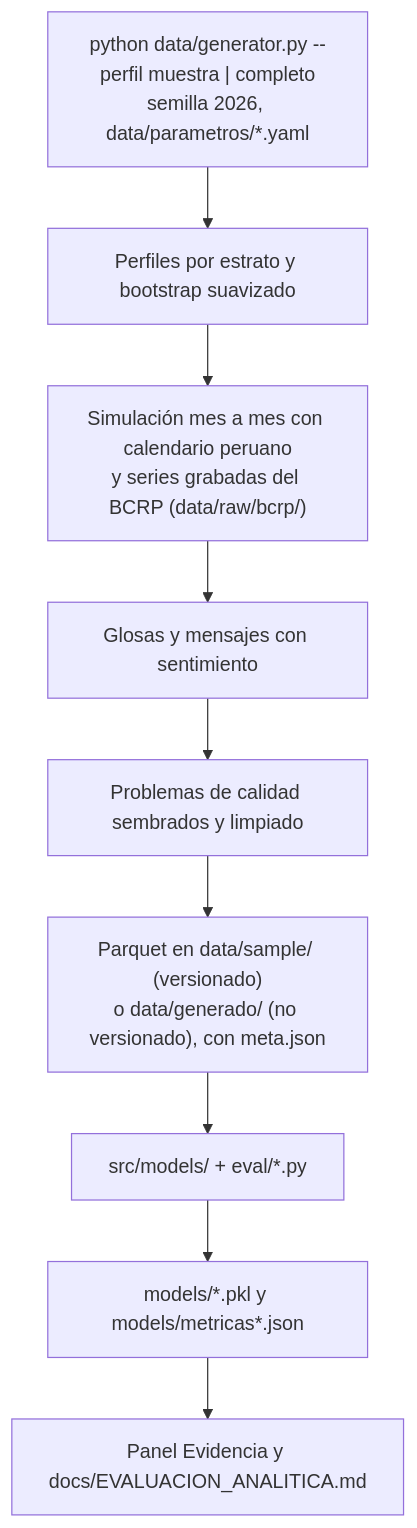
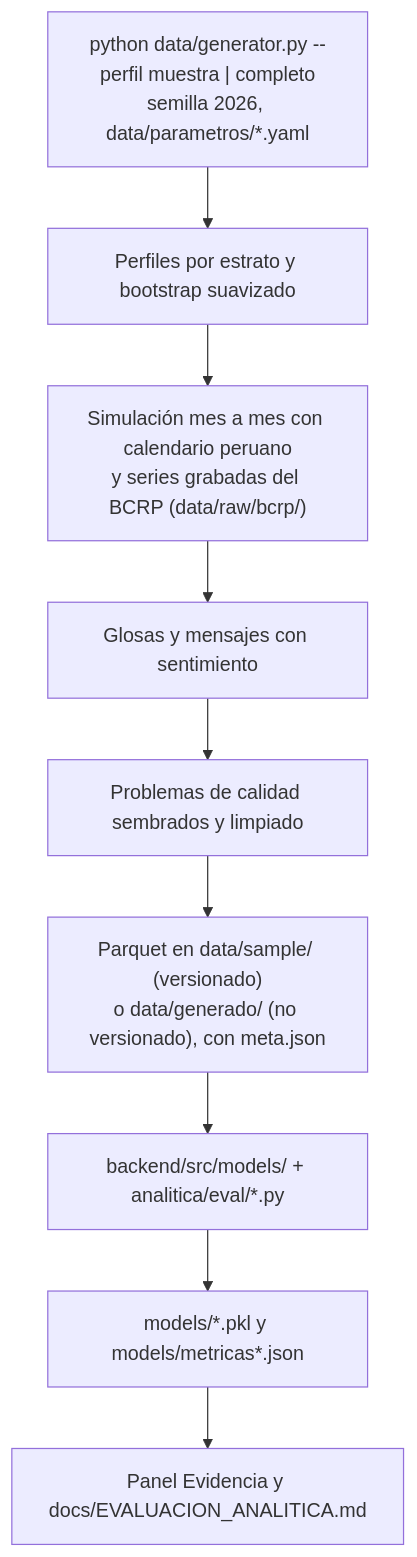
One commit to Nakusuo/Hackathon-BBVA-2026 changed the second of 2 diagrams in docs/arquitectura-datos.md. Above: the diagram before and after it, drawn with Mermaid. The commit also changed other lines of this file and 393 other files, not shown here.

First line of the commit message:
refactor(arq): ordena el repo en frontend, backend y analitica

````diff
--- a/docs/arquitectura-datos.md
+++ b/docs/arquitectura-datos.md
@@ -39,11 +39,11 @@
 ```mermaid
 graph TD
     A["python data/generator.py --perfil muestra | completo<br/>semilla 2026, data/parametros/*.yaml"] --> B["Perfiles por estrato y bootstrap suavizado"]
     B --> C["Simulación mes a mes con calendario peruano<br/>y series grabadas del BCRP (data/raw/bcrp/)"]
     C --> D["Glosas y mensajes con sentimiento"]
     D --> E["Problemas de calidad sembrados y limpiado"]
     E --> F["Parquet en data/sample/ (versionado)<br/>o data/generado/ (no versionado), con meta.json"]
-    F --> G["src/models/ + eval/*.py"]
+    F --> G["backend/src/models/ + analitica/eval/*.py"]
     G --> H["models/*.pkl y models/metricas*.json"]
     H --> I["Panel Evidencia y docs/EVALUACION_ANALITICA.md"]
 ```
````
